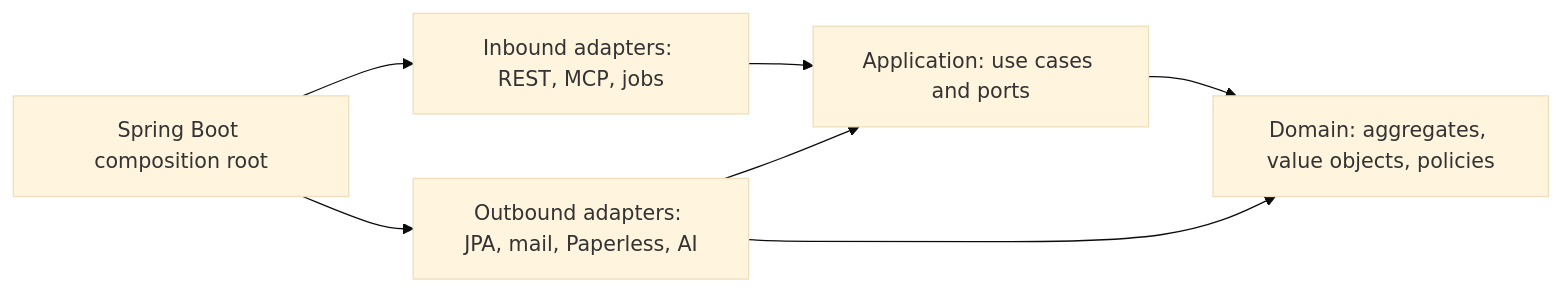
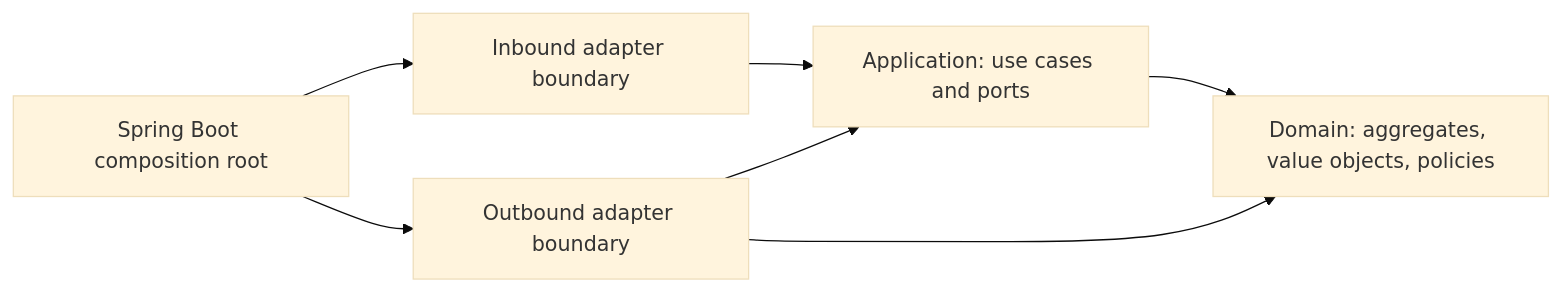
Before and after one commit to CedricSchmitter/Aegis: the diagram in docs/architecture/FOUNDATIONS.md, drawn with Mermaid (base theme). The commit also changed other lines of this file and 14 other files, not shown here.

````diff
--- a/docs/architecture/FOUNDATIONS.md
+++ b/docs/architecture/FOUNDATIONS.md
@@ -22,9 +22,9 @@
 ```mermaid
 flowchart LR
-    Bootstrap["Spring Boot composition root"] --> Inbound["Inbound adapters: REST, MCP, jobs"]
-    Bootstrap --> Outbound["Outbound adapters: JPA, mail, Paperless, AI"]
+    Bootstrap["Spring Boot composition root"] --> Inbound["Inbound adapter boundary"]
+    Bootstrap --> Outbound["Outbound adapter boundary"]
     Inbound --> App["Application: use cases and ports"]
     Outbound --> App
     App --> Domain["Domain: aggregates, value objects, policies"]
     Outbound --> Domain
 ```
````
